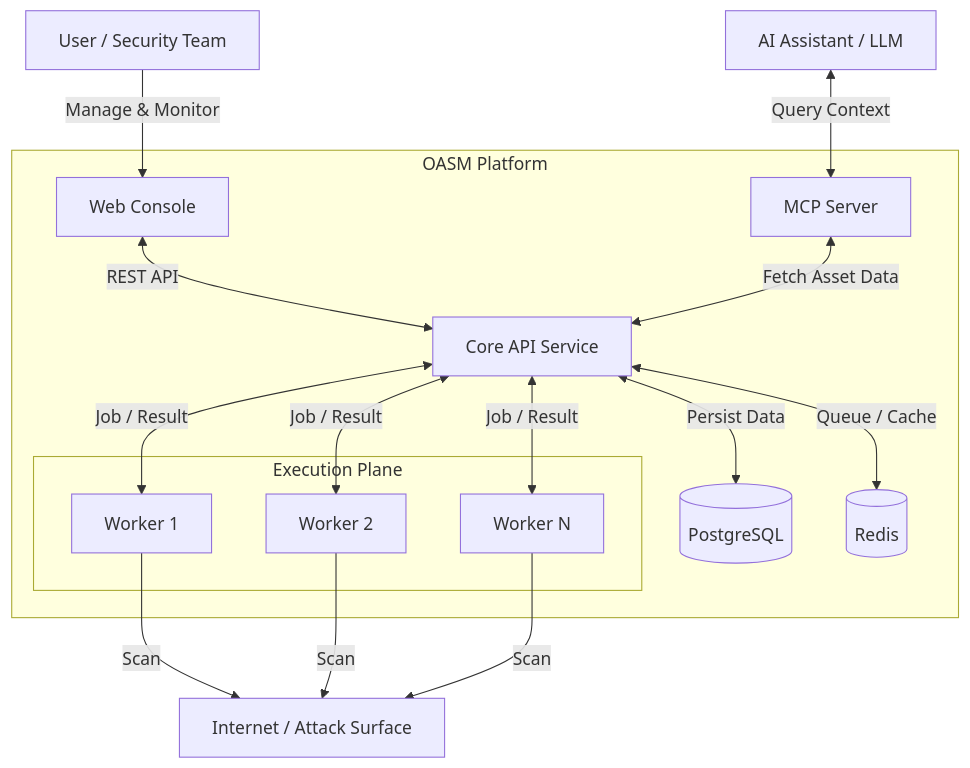
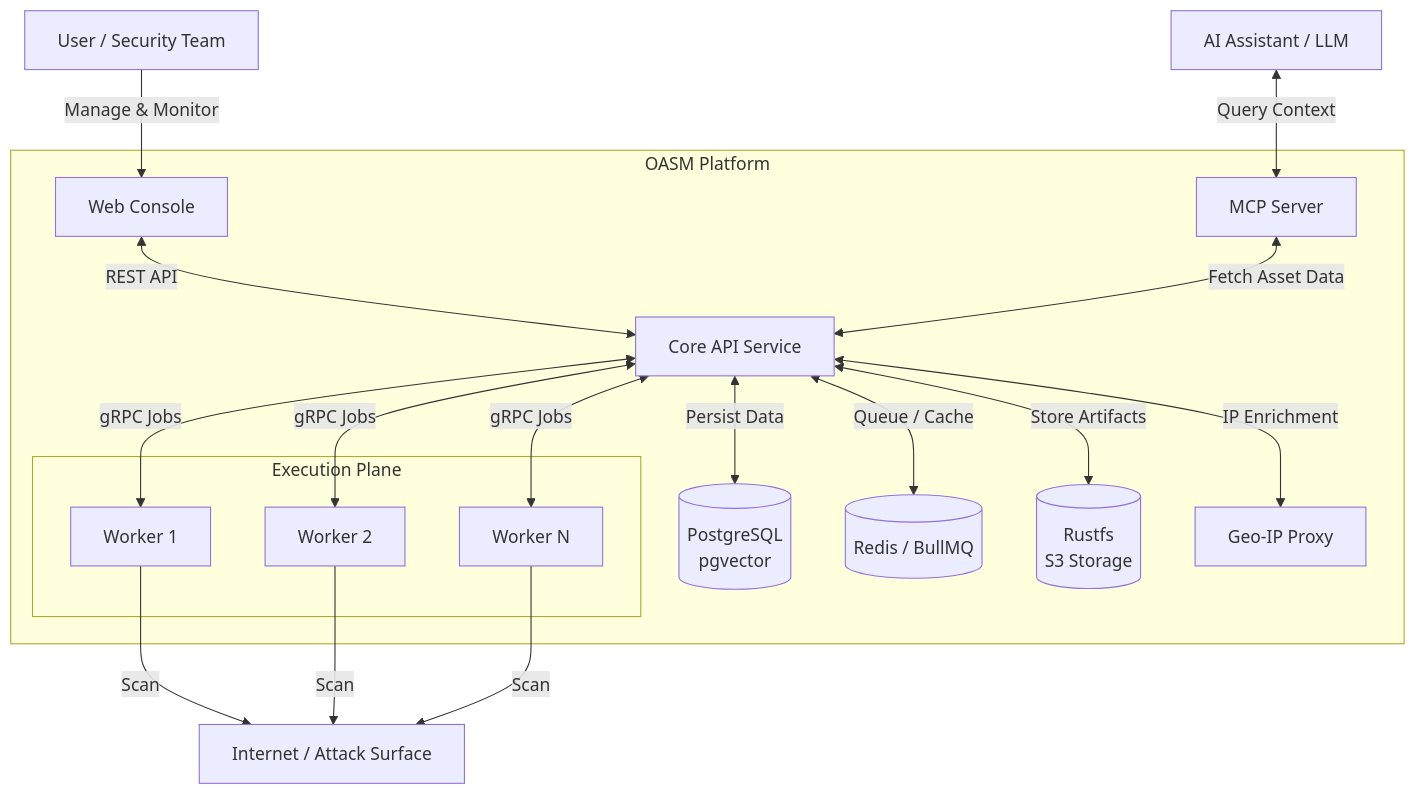
One commit to oasm-platform/open-asm changed the diagram in README.md. Above: the diagram before and after it, drawn with Mermaid. The commit also changed other lines of this file and 1 other file, not shown here.

````diff
--- a/README.md
+++ b/README.md
@@ -45,43 +49,47 @@
 ```mermaid
 graph TD
     %% Actors & External
     User[User / Security Team]
     AI[AI Assistant / LLM]
     Internet[Internet / Attack Surface]
 
     %% Core Components
     subgraph "OASM Platform"
-        Console[Web Console]
-        API[Core API Service]
-        DB[(PostgreSQL)]
-        Redis[(Redis)]
+        Console[Web Console<br/>]
+        API[Core API Service<br/>]
+        DB[(PostgreSQL<br/>pgvector)]
+        Redis[(Redis / BullMQ)]
         MCP[MCP Server]
+        Rustfs[(Rustfs<br/>S3 Storage)]
+        GeoIP[Geo-IP Proxy]
 
         subgraph "Execution Plane"
             W1[Worker 1]
             W2[Worker 2]
             WN[Worker N]
         end
     end
 
     %% Relationships
     User -->|Manage & Monitor| Console
     Console <-->|REST API| API
 
     API <-->|Persist Data| DB
     API <-->|Queue / Cache| Redis
+    API <-->|Store Artifacts| Rustfs
+    API <-->|IP Enrichment| GeoIP
 
-    %% Job Flow (2-way)
-    API <-->|Job / Result| W1
-    API <-->|Job / Result| W2
-    API <-->|Job / Result| WN
+    %% Job Flow (gRPC)
+    API <-->|gRPC Jobs| W1
+    API <-->|gRPC Jobs| W2
+    API <-->|gRPC Jobs| WN
 
     %% Scan
     W1 -->|Scan| Internet
     W2 -->|Scan| Internet
     WN -->|Scan| Internet
 
     %% AI Flow
     AI <-->|Query Context| MCP
     MCP <-->|Fetch Asset Data| API
 ```
````
